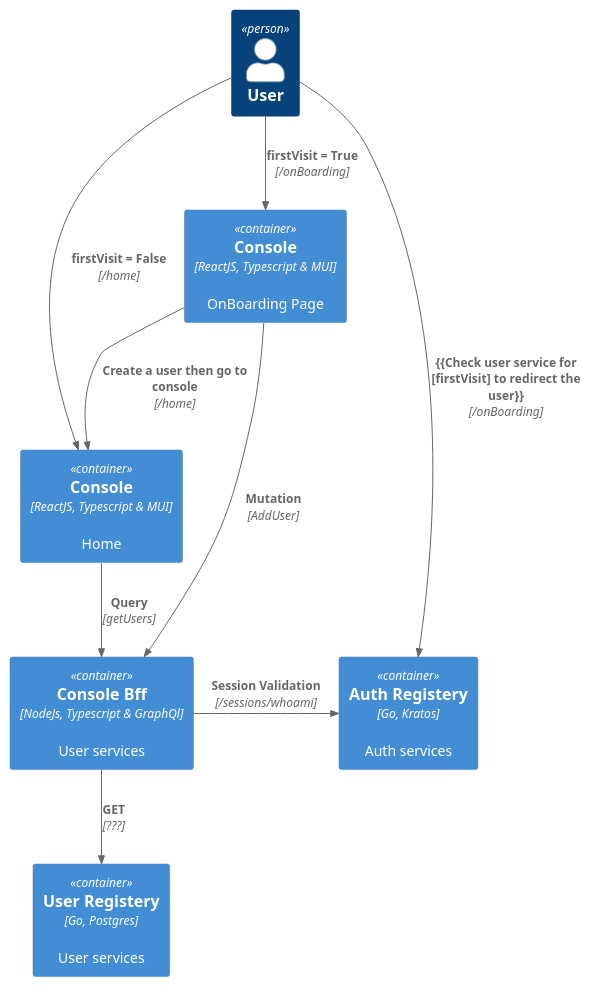
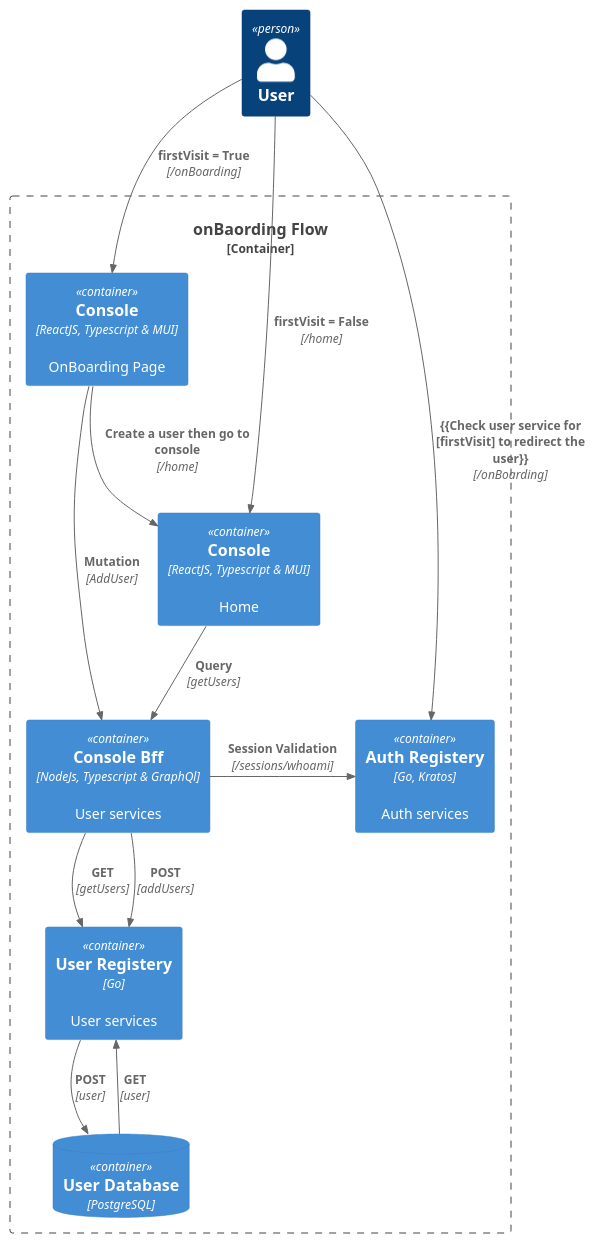
Before and after one commit to ukama/ukama: the diagram in interfaces/console/docs/Onboarding/OnBoarding.puml, drawn with PlantUML.

Commit message:
Onboardingflow c4 diagram updated

```diff
--- a/interfaces/console/docs/Onboarding/OnBoarding.puml
+++ b/interfaces/console/docs/Onboarding/OnBoarding.puml
@@ -1,18 +1,25 @@
 @startuml C4_Elements
 !include https://raw.githubusercontent.com/plantuml-stdlib/C4-PlantUML/master/C4_Container.puml
 
 Person(personAlias, "User")
+Container_Boundary(c1, "onBaording Flow") {
+  
 Container(consoleAlias, "Console", "ReactJS, Typescript & MUI", "Home")
+ContainerDb(DataBaseAlias, "User Database","PostgreSQL")
 Container(consoleOnBoardingAlias, "Console", "ReactJS, Typescript & MUI", "OnBoarding Page")
 Container(bffAlias, "Console Bff", "NodeJs, Typescript & GraphQl", "User services")
 Container(AuthAlias, "Auth Registery", "Go, Kratos", "Auth services")
-Container(cloudAlias, "User Registery", "Go, Postgres", "User services")
+Container(cloudAlias, "User Registery", "Go", "User services")
 Rel(personAlias, AuthAlias, "{{Check user service for  [firstVisit] to redirect the user}}", "/onBoarding")
 Rel(personAlias, consoleOnBoardingAlias, "firstVisit = True", "/onBoarding")
 Rel(personAlias, consoleAlias, "firstVisit = False", "/home")
 Rel(consoleOnBoardingAlias, consoleAlias, "Create a user then go to console", "/home")
 Rel(consoleOnBoardingAlias, bffAlias, "Mutation", "AddUser")
 Rel(consoleAlias, bffAlias, "Query", "getUsers")
 Rel_R(bffAlias, AuthAlias, "Session Validation", "/sessions/whoami")
-Rel(bffAlias, cloudAlias, "GET", "???")
+Rel(bffAlias, cloudAlias, "GET", "getUsers")
+Rel(bffAlias, cloudAlias, "POST", "addUsers")
+Rel(cloudAlias, DataBaseAlias, "POST", "user")
+Rel(DataBaseAlias, cloudAlias, "GET", "user")
+}
 @enduml
```
